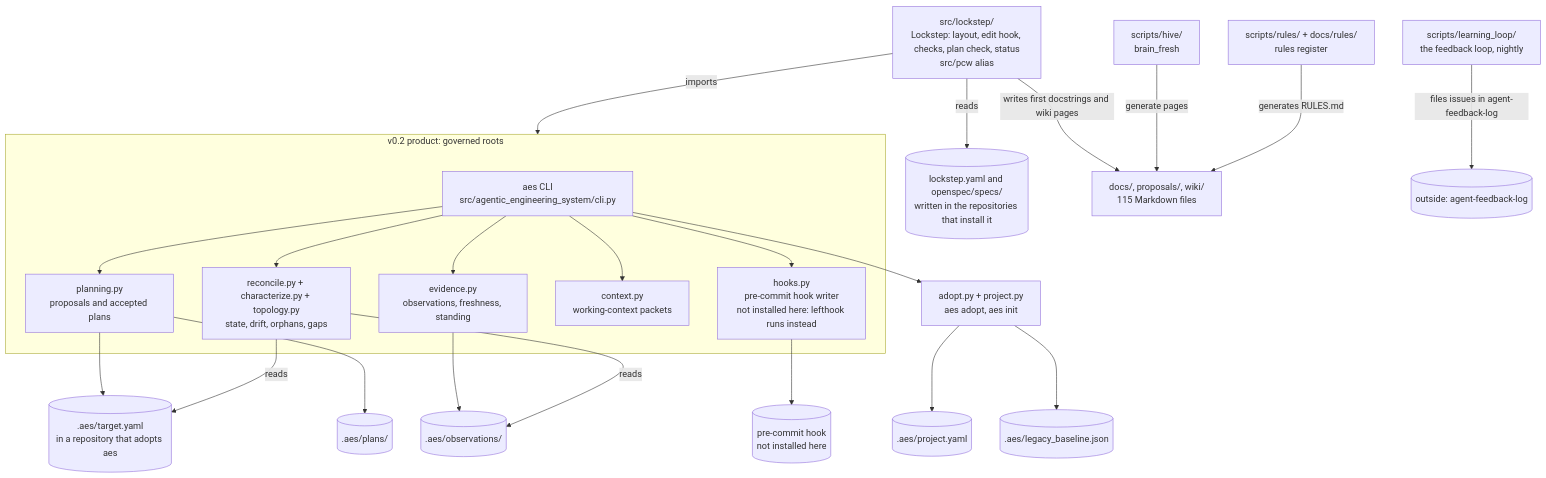
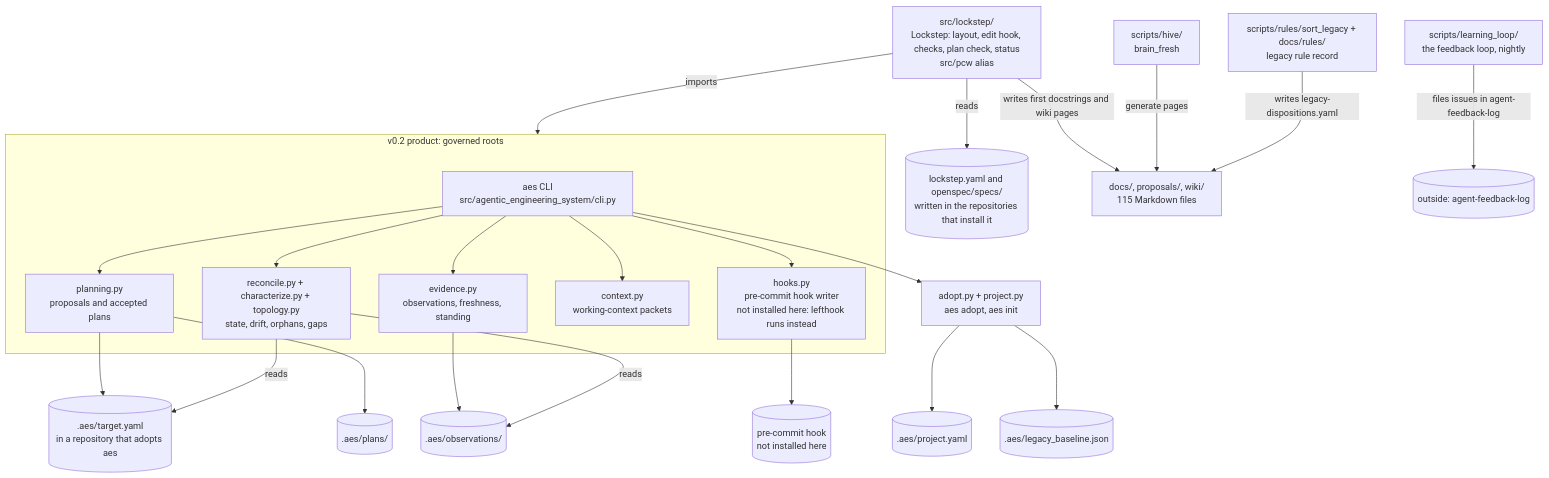
Before and after one commit to BrianMills2718/agentic-engineering-system-canonical: the second of 2 diagrams in docs/planning/SYSTEM_MODEL.md, drawn with Mermaid. The commit also changed other lines of this file and 24 other files, not shown here.

First line of the commit message:
Retire the AES rules register: rules have one home, code2-workspace agents/

````diff
--- a/docs/planning/SYSTEM_MODEL.md
+++ b/docs/planning/SYSTEM_MODEL.md
@@ -60,40 +60,40 @@
 ```mermaid
 flowchart TB
   subgraph v02[v0.2 product: governed roots]
     cli[aes CLI<br/>src/agentic_engineering_system/cli.py]
     plan[planning.py<br/>proposals and accepted plans]
     ev[evidence.py<br/>observations, freshness, standing]
     rec[reconcile.py + characterize.py + topology.py<br/>state, drift, orphans, gaps]
     ctx[context.py<br/>working-context packets]
     hk[hooks.py<br/>pre-commit hook writer<br/>not installed here: lefthook runs instead]
   end
   ls[src/lockstep/<br/>Lockstep: layout, edit hook, checks, plan check, status<br/>src/pcw alias]
   lsy[(lockstep.yaml and openspec/specs/<br/>written in the repositories that install it)]
   ll[scripts/learning_loop/<br/>the feedback loop, nightly]
-  rr[scripts/rules/ + docs/rules/<br/>rules register]
+  rr[scripts/rules/sort_legacy + docs/rules/<br/>legacy rule record]
   scr[scripts/hive/<br/>brain_fresh]
   docs[docs/, proposals/, wiki/<br/>115 Markdown files]
   t[(.aes/target.yaml<br/>in a repository that adopts aes)]
   o[(.aes/observations/)]
   p[(.aes/plans/)]
   g[(pre-commit hook<br/>not installed here)]
   pj[(.aes/project.yaml)]
   lb[(.aes/legacy_baseline.json)]
   ad[adopt.py + project.py<br/>aes adopt, aes init]
   cli --> plan --> t
   plan --> p
   cli --> ev --> o
   cli --> rec
   rec -->|reads| t
   rec -->|reads| o
   cli --> ctx
   cli --> hk --> g
   cli --> ad --> pj
   ad --> lb
   ls -->|reads| lsy
   ls -->|imports| v02
   ls -->|writes first docstrings and wiki pages| docs
   scr -->|generate pages| docs
-  rr -->|generates RULES.md| docs
+  rr -->|writes legacy-dispositions.yaml| docs
   ll -->|files issues in agent-feedback-log| out[(outside: agent-feedback-log)]
 ```
````
